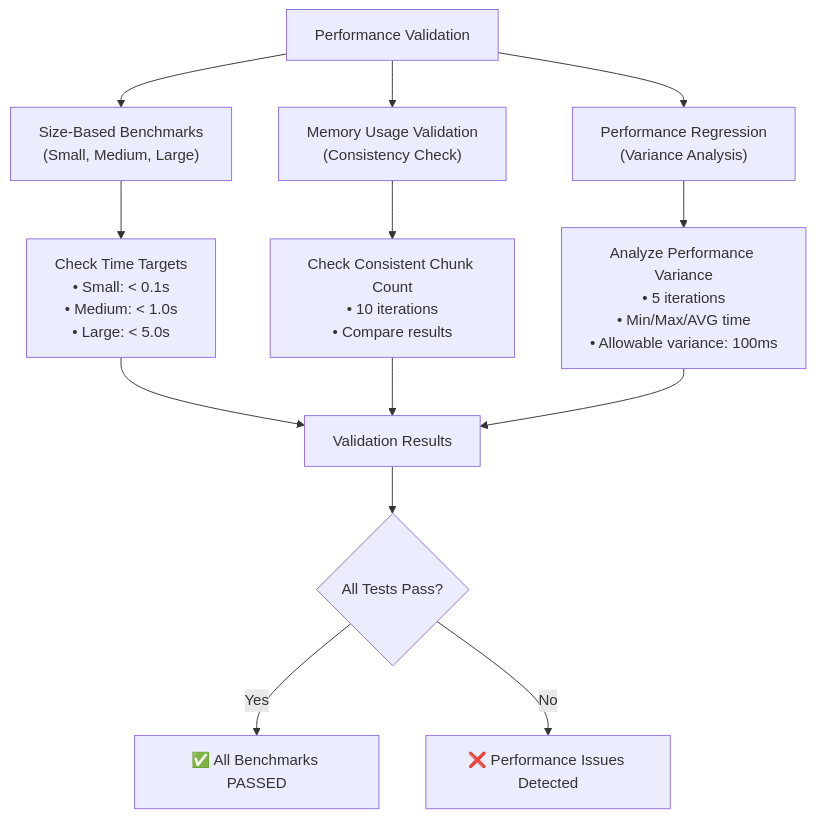
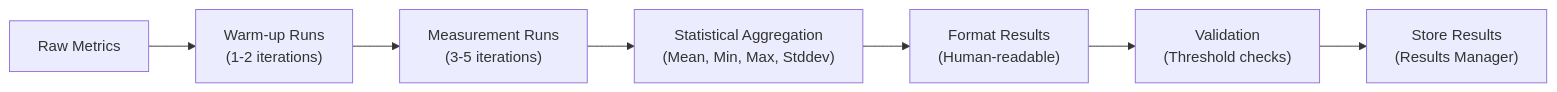
Before and after one commit to asukhodko/dify-markdown-chunker: the ninth of 12 diagrams in .qoder/repowiki/en/content/Testing and Quality/Performance Benchmarks/Performance Benchmarks.md, drawn with Mermaid. The commit also changed other lines of this file and 5 other files, not shown here.

````diff
--- a/.qoder/repowiki/en/content/Testing and Quality/Performance Benchmarks/Performance Benchmarks.md
+++ b/.qoder/repowiki/en/content/Testing and Quality/Performance Benchmarks/Performance Benchmarks.md
@@ -298,15 +379,9 @@
 ```mermaid
-flowchart TD
-ValidationStart["Performance Validation"] --> SizeBench["Size-Based Benchmarks<br/>(Small, Medium, Large)"]
-ValidationStart --> MemCheck["Memory Usage Validation<br/>(Consistency Check)"]
-ValidationStart --> RegCheck["Performance Regression<br/>(Variance Analysis)"]
-SizeBench --> SizeTargets["Check Time Targets<br/>• Small: < 0.1s<br/>• Medium: < 1.0s<br/>• Large: < 5.0s"]
-MemCheck --> MemConsistency["Check Consistent Chunk Count<br/>• 10 iterations<br/>• Compare results"]
-RegCheck --> VarAnalysis["Analyze Performance Variance<br/>• 5 iterations<br/>• Min/Max/AVG time<br/>• Allowable variance: 100ms"]
-SizeTargets --> ValidationResults["Validation Results"]
-MemConsistency --> ValidationResults
-VarAnalysis --> ValidationResults
-ValidationResults --> PassFail{"All Tests Pass?"}
-PassFail --> |Yes| Success["✅ All Benchmarks PASSED"]
-PassFail --> |No| Failure["❌ Performance Issues Detected"]
+flowchart LR
+RawData["Raw Metrics"] --> Warmup["Warm-up Runs<br/>(1-2 iterations)"]
+Warmup --> Measurement["Measurement Runs<br/>(3-5 iterations)"]
+Measurement --> Aggregate["Statistical Aggregation<br/>(Mean, Min, Max, Stddev)"]
+Aggregate --> Format["Format Results<br/>(Human-readable)"]
+Format --> Validate["Validation<br/>(Threshold checks)"]
+Validate --> Store["Store Results<br/>(Results Manager)"]
 ```
````
